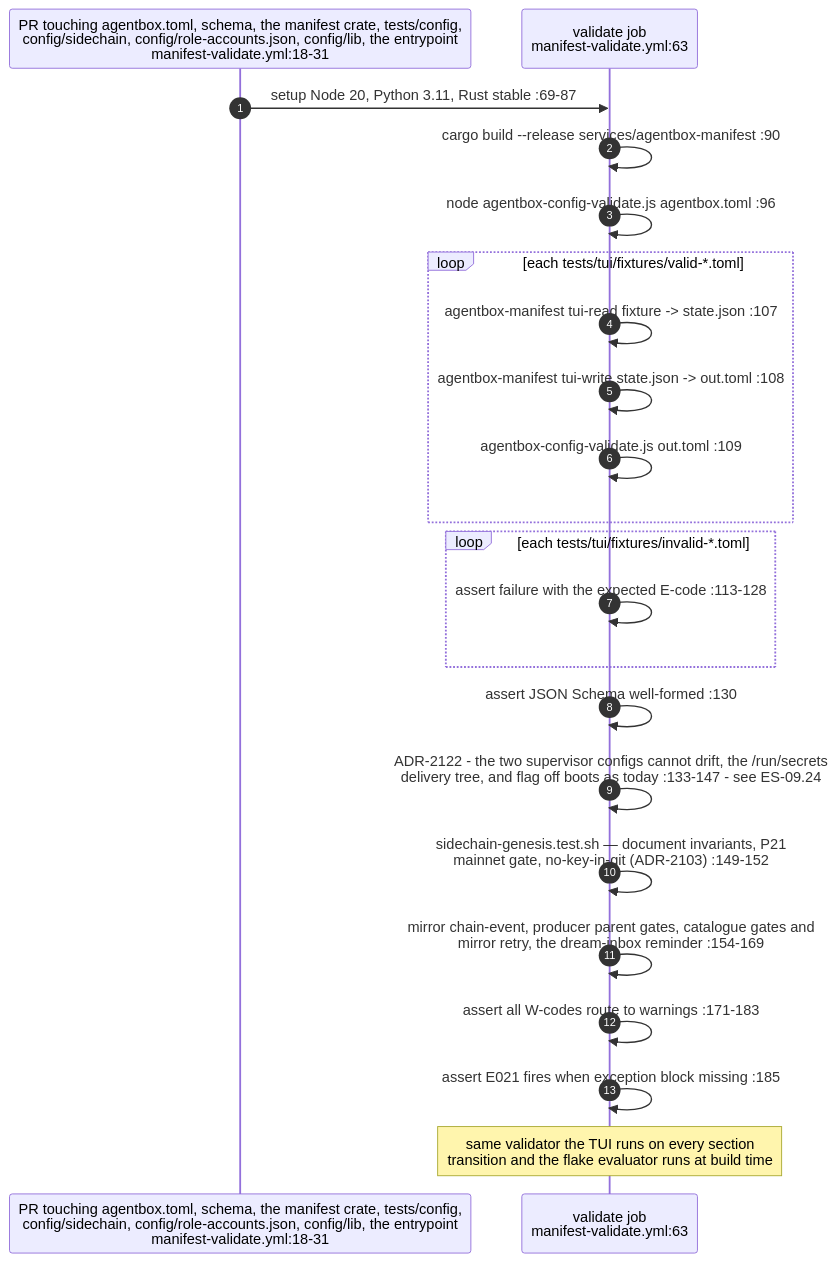
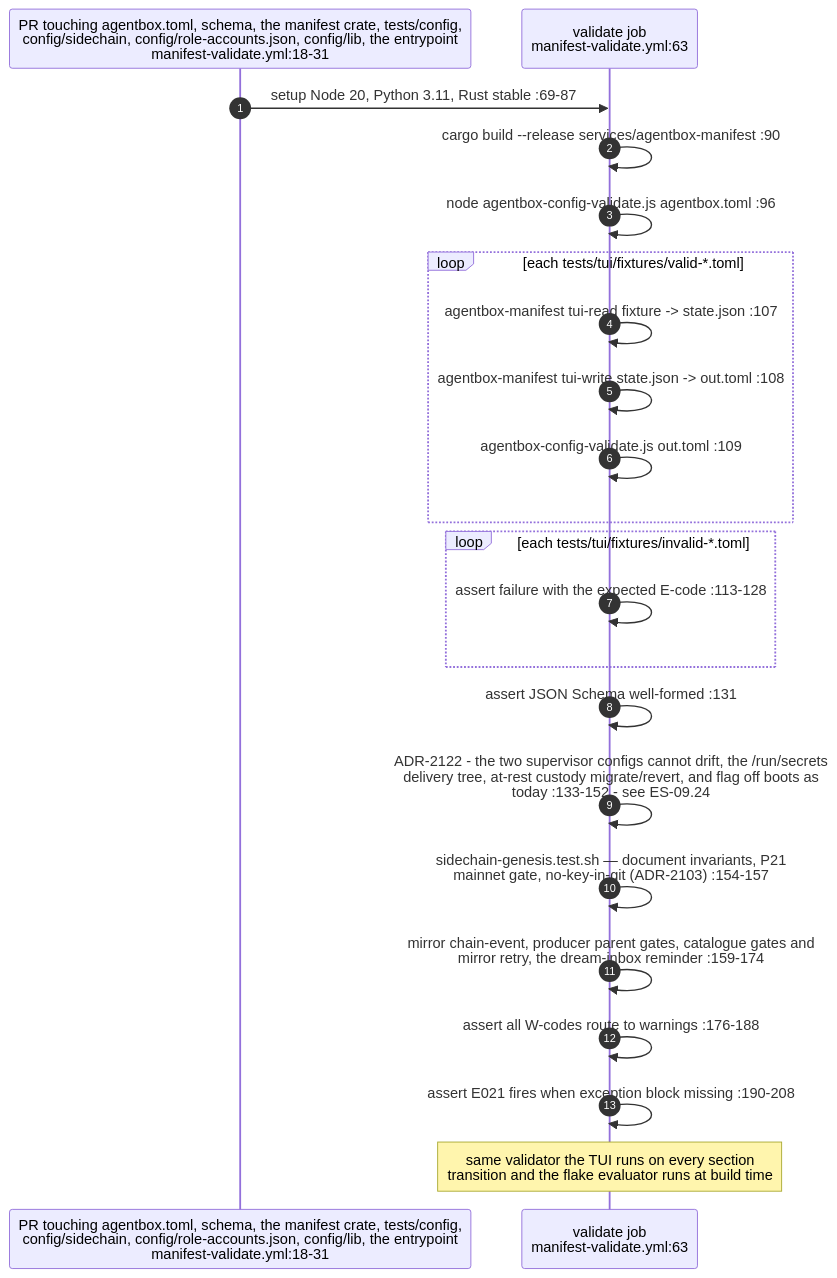
Diagram 17 of 24 in docs/diagrams/estate/09-build-deploy-and-ci-estate.md (DreamLab-AI/VisionFlow), drawn with Mermaid before and after one commit. The commit also changed other lines of this file and 111 other files, not shown here.

Commit message:
docs(diagrams): align estate maps with current source

````diff
--- a/docs/diagrams/estate/09-build-deploy-and-ci-estate.md
+++ b/docs/diagrams/estate/09-build-deploy-and-ci-estate.md
@@ -608,25 +618,25 @@
 ```mermaid
 sequenceDiagram
     autonumber
     participant GH as PR touching agentbox.toml, schema, the manifest crate, tests/config,<br/>config/sidechain, config/role-accounts.json, config/lib, the entrypoint<br/>manifest-validate.yml:18-31
     participant V as validate job<br/>manifest-validate.yml:63
 
     GH->>V: setup Node 20, Python 3.11, Rust stable :69-87
     V->>V: cargo build --release services/agentbox-manifest :90
     V->>V: node agentbox-config-validate.js agentbox.toml :96
     loop each tests/tui/fixtures/valid-*.toml
         V->>V: agentbox-manifest tui-read fixture -> state.json :107
         V->>V: agentbox-manifest tui-write state.json -> out.toml :108
         V->>V: agentbox-config-validate.js out.toml :109
     end
     loop each tests/tui/fixtures/invalid-*.toml
         V->>V: assert failure with the expected E-code :113-128
     end
-    V->>V: assert JSON Schema well-formed :130
-    V->>V: ADR-2122 - the two supervisor configs cannot drift, the /run/secrets<br/>delivery tree, and flag off boots as today :133-147 - see ES-09.24
-    V->>V: sidechain-genesis.test.sh — document invariants, P21<br/>mainnet gate, no-key-in-git (ADR-2103) :149-152
-    V->>V: mirror chain-event, producer parent gates, catalogue gates and<br/>mirror retry, the dream-inbox reminder :154-169
-    V->>V: assert all W-codes route to warnings :171-183
-    V->>V: assert E021 fires when exception block missing :185
+    V->>V: assert JSON Schema well-formed :131
+    V->>V: ADR-2122 - the two supervisor configs cannot drift, the /run/secrets<br/>delivery tree, at-rest custody migrate/revert, and flag off boots as<br/>today :133-152 - see ES-09.24
+    V->>V: sidechain-genesis.test.sh — document invariants, P21<br/>mainnet gate, no-key-in-git (ADR-2103) :154-157
+    V->>V: mirror chain-event, producer parent gates, catalogue gates and<br/>mirror retry, the dream-inbox reminder :159-174
+    V->>V: assert all W-codes route to warnings :176-188
+    V->>V: assert E021 fires when exception block missing :190-208
     Note over V: same validator the TUI runs on every section<br/>transition and the flake evaluator runs at build time
 ```
````
